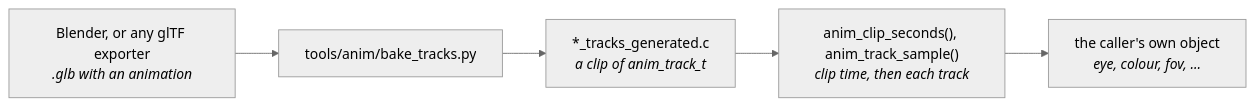
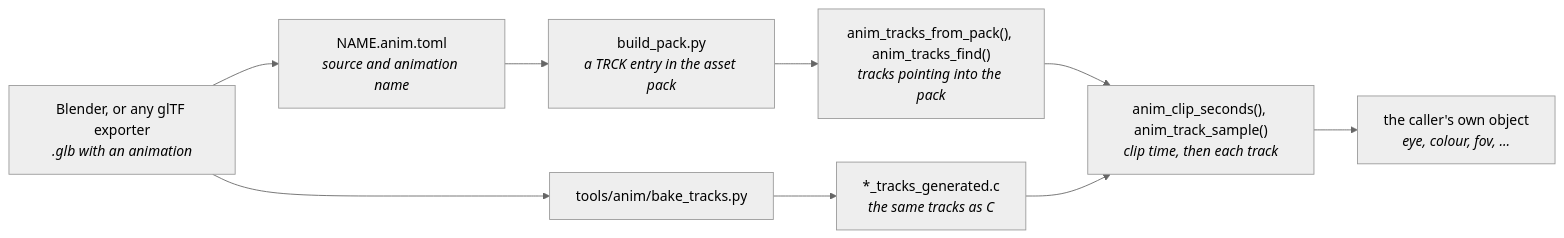
Before and after one commit to jose-villegas/autana: the diagram in docs/Animation-Tracks.md, drawn with Mermaid (neutral theme). The commit also changed other lines of this file and 30 other files, not shown here.

First line of the commit message:
anim: TRCK pack entry baked from .anim.toml, with its C reader

````diff
--- a/docs/Animation-Tracks.md
+++ b/docs/Animation-Tracks.md
@@ -13,7 +13,11 @@
 ```mermaid
 flowchart LR
-    Author["Blender, or any glTF exporter<br/><i>.glb with an animation</i>"] --> Bake["tools/anim/bake_tracks.py"]
-    Bake --> C["*_tracks_generated.c<br/><i>a clip of anim_track_t</i>"]
-    C --> Sample["anim_clip_seconds(), anim_track_sample()<br/><i>clip time, then each track</i>"]
+    Author["Blender, or any glTF exporter<br/><i>.glb with an animation</i>"] --> Anim["NAME.anim.toml<br/><i>source and animation name</i>"]
+    Anim --> Pack["build_pack.py<br/><i>a TRCK entry in the asset pack</i>"]
+    Pack --> Open["anim_tracks_from_pack(), anim_tracks_find()<br/><i>tracks pointing into the pack</i>"]
+    Author --> Bake["tools/anim/bake_tracks.py"]
+    Bake --> C["*_tracks_generated.c<br/><i>the same tracks as C</i>"]
+    Open --> Sample["anim_clip_seconds(), anim_track_sample()<br/><i>clip time, then each track</i>"]
+    C --> Sample
     Sample --> Caller["the caller's own object<br/><i>eye, colour, fov, ...</i>"]
 ```
````
